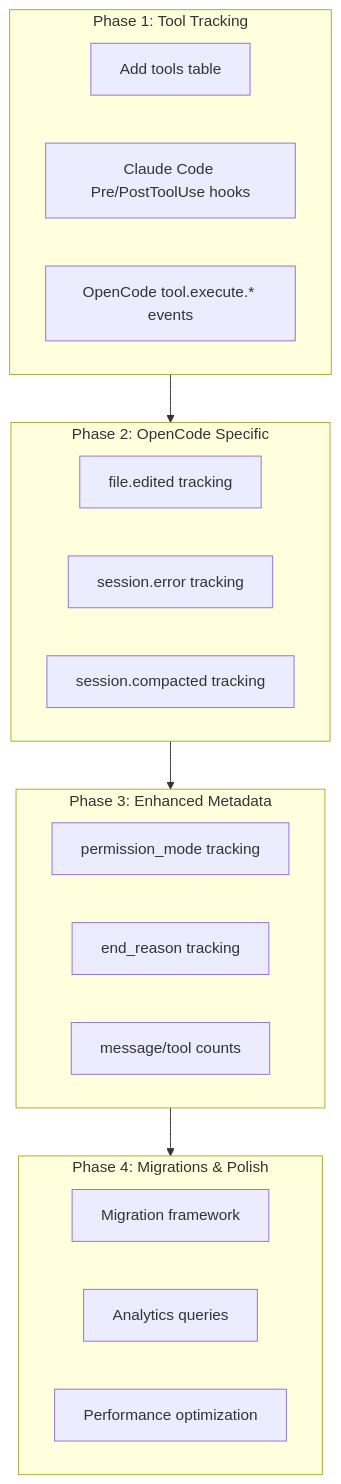
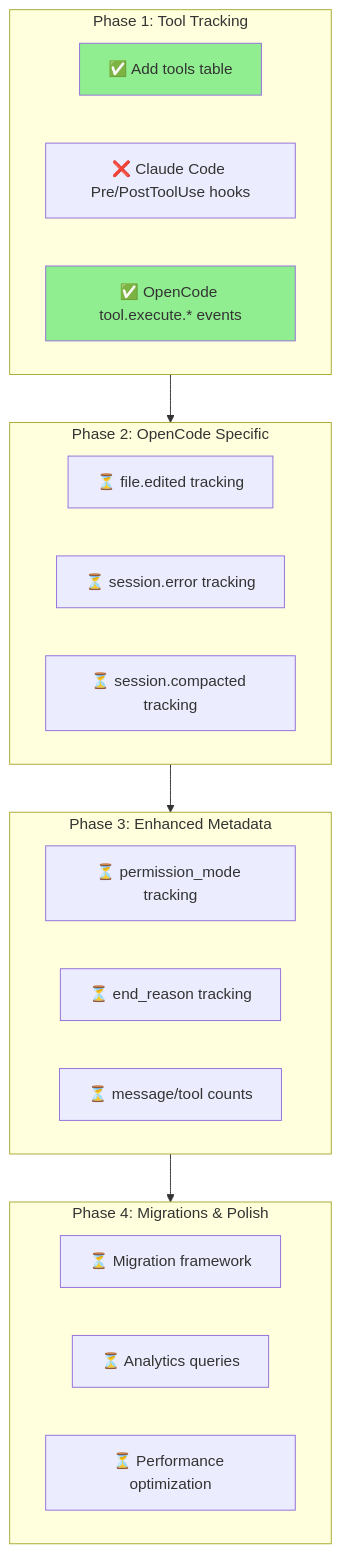
One commit to dxta-dev/clankers changed the diagram in lode/plans/data-gaps-implementation.md. Above: the diagram before and after it, drawn with Mermaid. The commit also changed other lines of this file, not shown here.

````diff
--- a/lode/plans/data-gaps-implementation.md
+++ b/lode/plans/data-gaps-implementation.md
@@ -498,28 +510,31 @@
 ```mermaid
 flowchart TB
     subgraph Phase1[Phase 1: Tool Tracking]
-        P1_1[Add tools table]
-        P1_2[Claude Code Pre/PostToolUse hooks]
-        P1_3[OpenCode tool.execute.* events]
+        P1_1[✅ Add tools table]
+        P1_2[❌ Claude Code Pre/PostToolUse hooks]
+        P1_3[✅ OpenCode tool.execute.* events]
     end
 
     subgraph Phase2[Phase 2: OpenCode Specific]
-        P2_1[file.edited tracking]
-        P2_2[session.error tracking]
-        P2_3[session.compacted tracking]
+        P2_1[⏳ file.edited tracking]
+        P2_2[⏳ session.error tracking]
+        P2_3[⏳ session.compacted tracking]
     end
 
     subgraph Phase3[Phase 3: Enhanced Metadata]
-        P3_1[permission_mode tracking]
-        P3_2[end_reason tracking]
-        P3_3[message/tool counts]
+        P3_1[⏳ permission_mode tracking]
+        P3_2[⏳ end_reason tracking]
+        P3_3[⏳ message/tool counts]
     end
 
     subgraph Phase4[Phase 4: Migrations & Polish]
-        P4_1[Migration framework]
-        P4_2[Analytics queries]
-        P4_3[Performance optimization]
+        P4_1[⏳ Migration framework]
+        P4_2[⏳ Analytics queries]
+        P4_3[⏳ Performance optimization]
     end
 
     Phase1 --> Phase2 --> Phase3 --> Phase4
+
+    style P1_1 fill:#90EE90
+    style P1_3 fill:#90EE90
 ```
````
